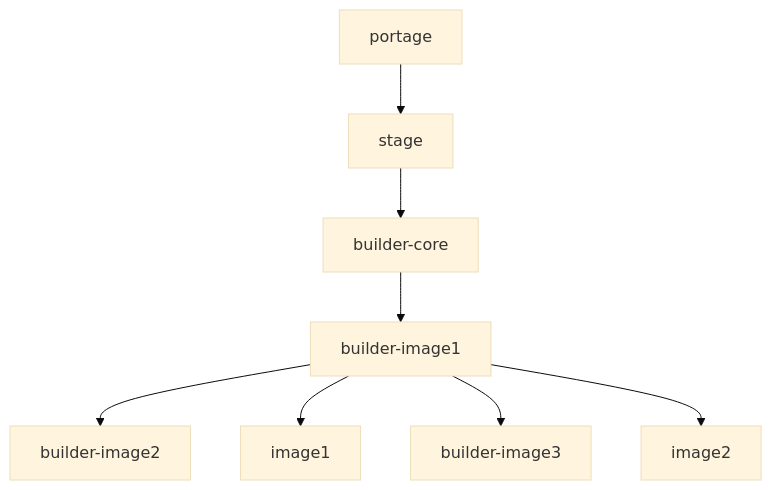
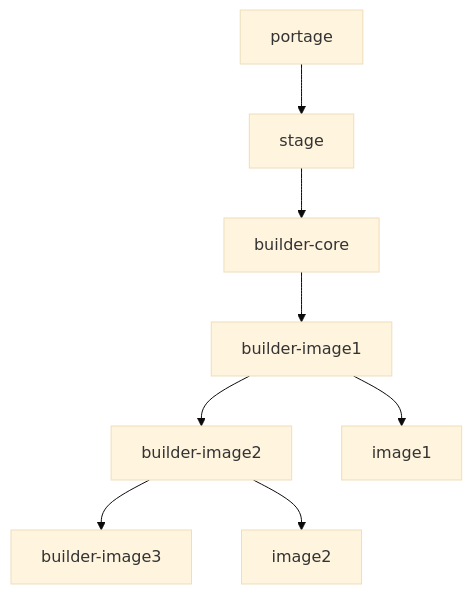
One commit to cainam/home-cluster-deployment changed the diagram in ansible/kubler.md. Above: the diagram before and after it, drawn with Mermaid (base theme).

````diff
--- a/ansible/kubler.md
+++ b/ansible/kubler.md
@@ -8,10 +8,10 @@
 ```mermaid
 graph TD; 
   portage-->stage;
   stage-->builder-core;
   builder-core-->builder-image1;
   builder-image1-->builder-image2
   builder-image1-->image1;
-  builder-image1-->builder-image3
-  builder-image1-->image2
+  builder-image2-->builder-image3
+  builder-image2-->image2
 ```
````
